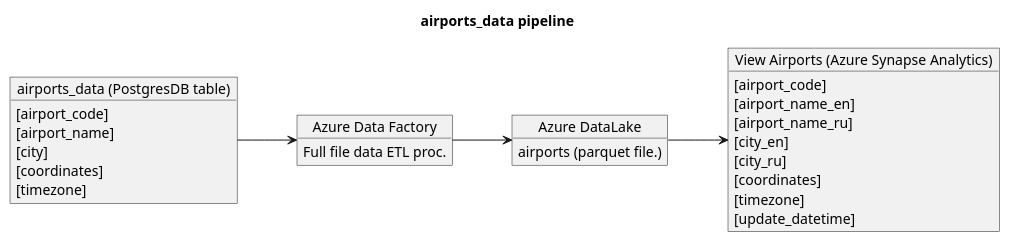
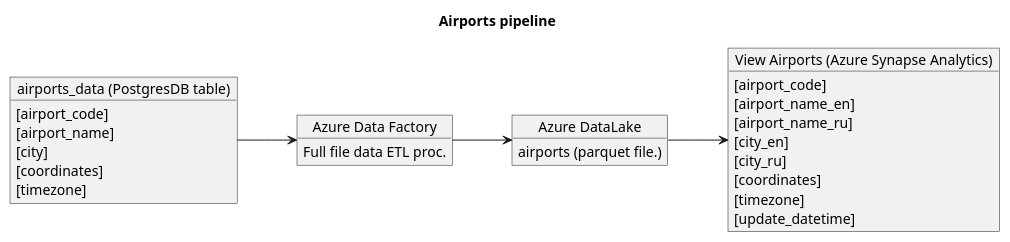
The diagram in airports_pipeline.puml (antnrosen/Hercules-Kadmos), drawn with PlantUML before and after one commit. The commit also changed 1 other file, not shown here.

```diff
--- a/airports_pipeline.puml
+++ b/airports_pipeline.puml
@@ -1,33 +1,33 @@
 @startuml
 left to right direction
 ' Horizontal lines: -->, <--, <-->
 ' Vertical lines: ->, <-, <->
-title airports_data pipeline
+title Airports pipeline
 
 object "airports_data (PostgresDB table)" as i
 i : [airport_code]
 i : [airport_name]
 i : [city]
 i : [coordinates]
 i : [timezone]
 
 object "Azure Data Factory" as a
 a : Full file data ETL proc.
 
 object "Azure DataLake" as f
 f : airports (parquet file.)
 
 object "View Airports (Azure Synapse Analytics)" as s
 s : [airport_code]
 s : [airport_name_en]
 s : [airport_name_ru]
 s : [city_en]
 s : [city_ru]
 s : [coordinates]
 s : [timezone]
 s : [update_datetime]
 
 i --> a
 a --> f
 f --> s
 @enduml
```
